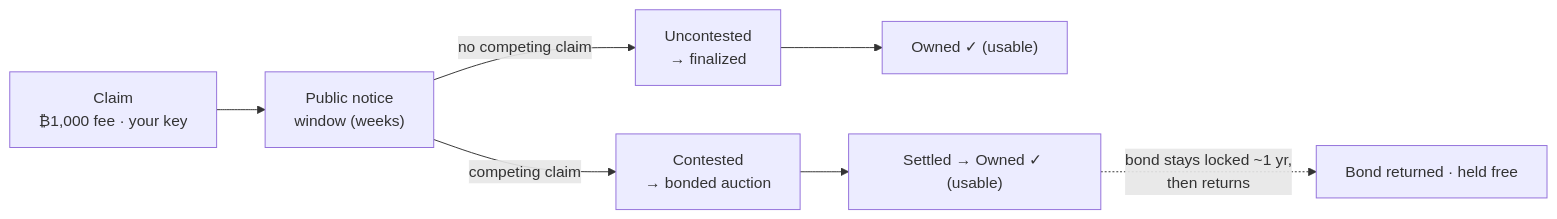
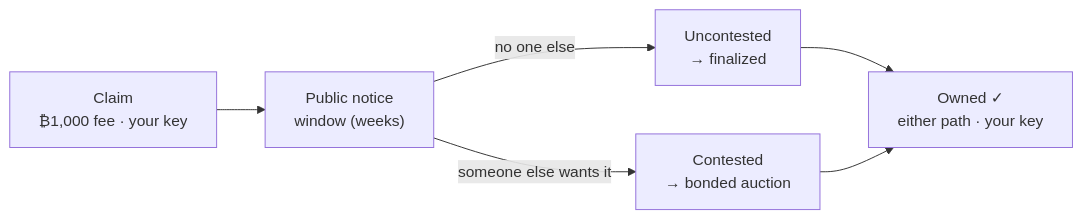
The diagram in docs/ONT_ONE_PAGER.md (deekay/ont), drawn with Mermaid before and after one commit. The commit also changed other lines of this file and 9 other files, not shown here.

First line of the commit message:
docs: bond opens the auction — escalation trigger is a qualifying bond, not a bare claim (Decision #37)

````diff
--- a/docs/ONT_ONE_PAGER.md
+++ b/docs/ONT_ONE_PAGER.md
@@ -39,7 +39,6 @@
 ```mermaid
 flowchart LR
   C["Claim<br/>₿1,000 fee · your key"] --> N["Public notice<br/>window (weeks)"]
-  N -->|no competing claim| U["Uncontested<br/>→ finalized"] --> O1["Owned ✓ (usable)"]
-  N -->|competing claim| K["Contested<br/>→ bonded auction"] --> S["Settled → Owned ✓ (usable)"]
-  S -.->|bond stays locked ~1 yr,<br/>then returns| R["Bond returned · held free"]
+  N -->|no one else| U["Uncontested<br/>→ finalized"] --> O["Owned ✓<br/>either path · your key"]
+  N -->|someone else wants it| K["Contested<br/>→ bonded auction"] --> O
 ```
````
